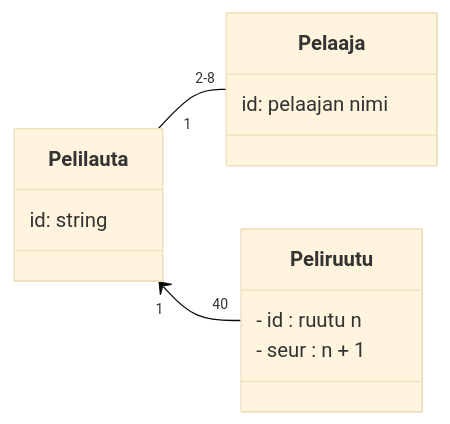
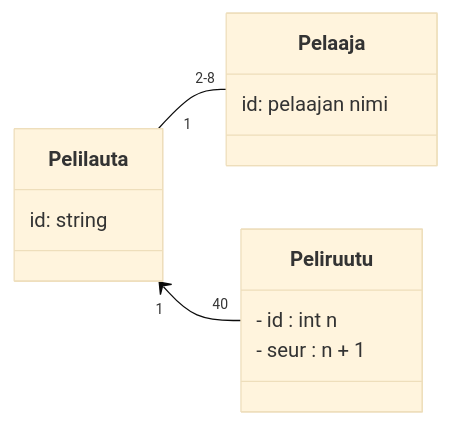
One commit to brotholi/ot-harjoitustyo changed the diagram in laskarit/viikko3/monopoli.md. Above: the diagram before and after it, drawn with Mermaid (base theme).

````diff
--- a/laskarit/viikko3/monopoli.md
+++ b/laskarit/viikko3/monopoli.md
@@ -1,24 +1,24 @@
 ```mermaid
  classDiagram
     direction LR
     
     
     class Pelaaja {
         id: pelaajan nimi
     }
 
     class Pelilauta {
      id: string   
     }
     
     
     class Peliruutu {
-    - id : ruutu n
+    - id : int n
     - seur : n + 1
     }
 
     Pelilauta "1" -- "2-8" Pelaaja
     Pelilauta "1" <-- "40" Peliruutu
     
 
 ```
````
